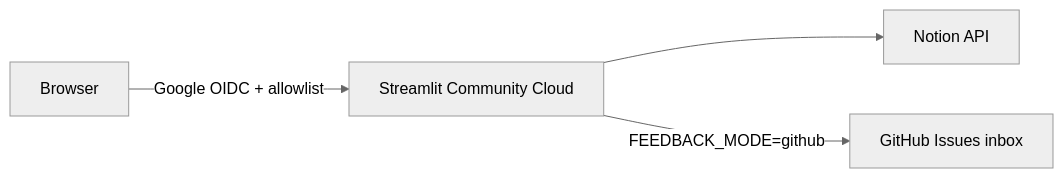
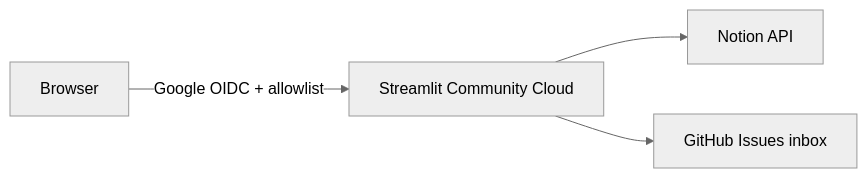
One commit to rachelgramlich/grocery-wizard changed the diagram in docs/household-deploy.md. Above: the diagram before and after it, drawn with Mermaid (neutral theme). The commit also changed other lines of this file and 16 other files, not shown here.

````diff
--- a/docs/household-deploy.md
+++ b/docs/household-deploy.md
@@ -7,11 +7,11 @@
 ```mermaid
 flowchart LR
   User[Browser]
   SCC[Streamlit Community Cloud]
   Notion[Notion API]
   GH[GitHub Issues inbox]
 
   User -->|Google OIDC + allowlist| SCC
   SCC --> Notion
-  SCC -->|FEEDBACK_MODE=github| GH
+  SCC --> GH
 ```
````
